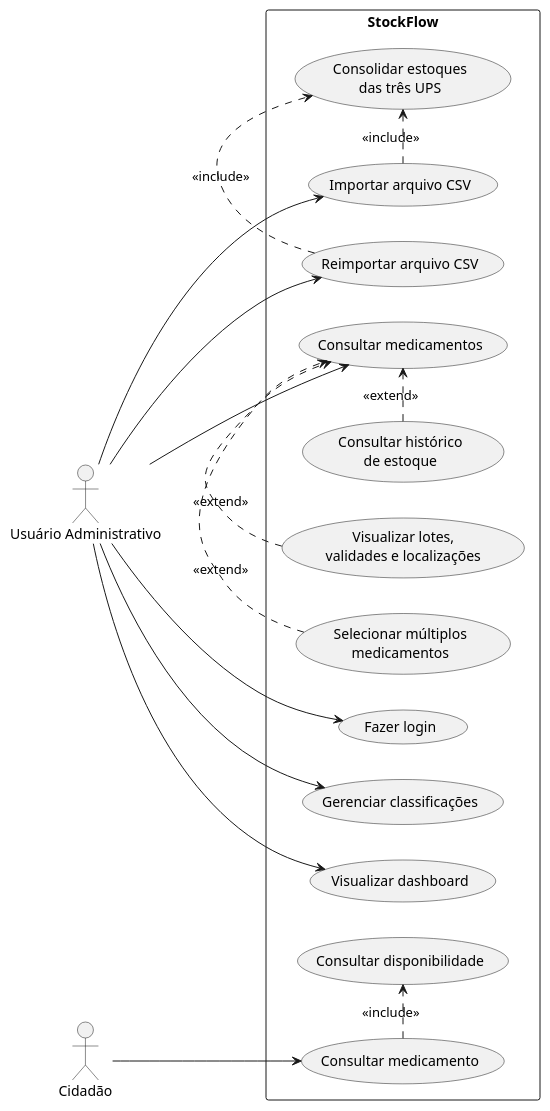
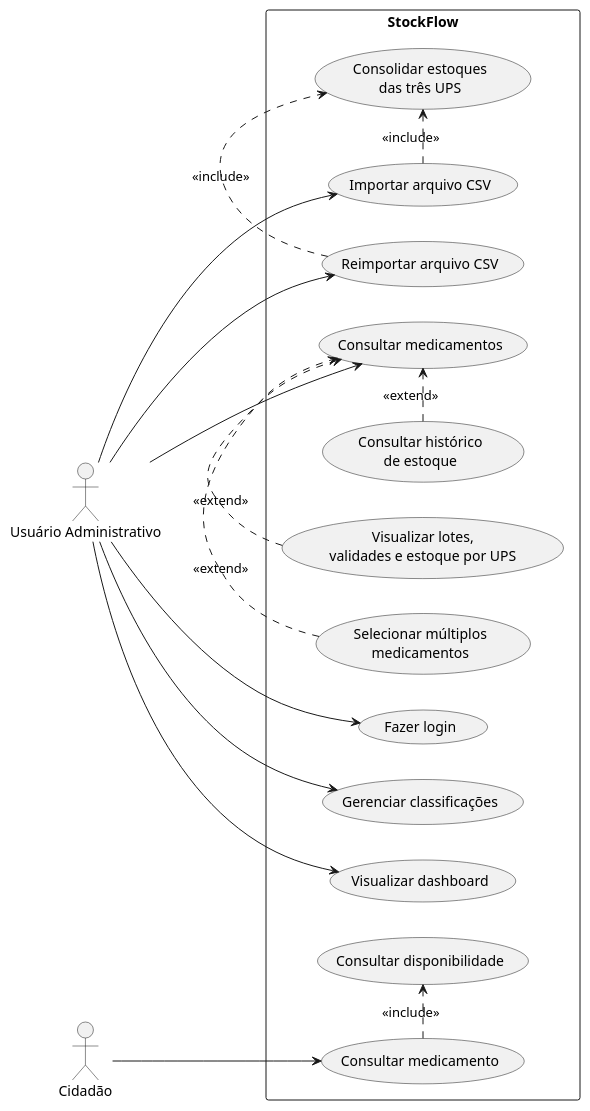
Before and after one commit to mariaclarapp/stockflow: the diagram in docs/diagramas/casos-de-uso/casos-uso-geral.puml, drawn with PlantUML. The commit also changed 20 other files, not shown here.

Commit message:
refactor: usa UPS como localizacao do estoque

```diff
--- a/docs/diagramas/casos-de-uso/casos-uso-geral.puml
+++ b/docs/diagramas/casos-de-uso/casos-uso-geral.puml
@@ -1,46 +1,46 @@
 @startuml
 
 left to right direction
 
 actor "Usuário Administrativo" as Admin
 actor "Cidadão" as Cidadao
 
 rectangle "StockFlow" {
 
     usecase "Fazer login" as UC01
 
     usecase "Importar arquivo CSV" as UC02
     usecase "Reimportar arquivo CSV" as UC03
     usecase "Consolidar estoques\ndas três UPS" as UC04
 
     usecase "Consultar medicamentos" as UC05
     usecase "Consultar histórico\nde estoque" as UC06
-    usecase "Visualizar lotes,\nvalidades e localizações" as UC07
+    usecase "Visualizar lotes,\nvalidades e estoque por UPS" as UC07
     usecase "Selecionar múltiplos\nmedicamentos" as UC08
 
     usecase "Gerenciar classificações" as UC09
     usecase "Visualizar dashboard" as UC10
 
     usecase "Consultar medicamento" as UC11
     usecase "Consultar disponibilidade" as UC12
 }
 
 Admin --> UC01
 Admin --> UC02
 Admin --> UC03
 Admin --> UC05
 Admin --> UC09
 Admin --> UC10
 
 Cidadao --> UC11
 
 UC02 .> UC04 : <<include>>
 UC03 .> UC04 : <<include>>
 
 UC06 .> UC05 : <<extend>>
 UC07 .> UC05 : <<extend>>
 UC08 .> UC05 : <<extend>>
 
 UC11 .> UC12 : <<include>>
 
 @enduml
```
